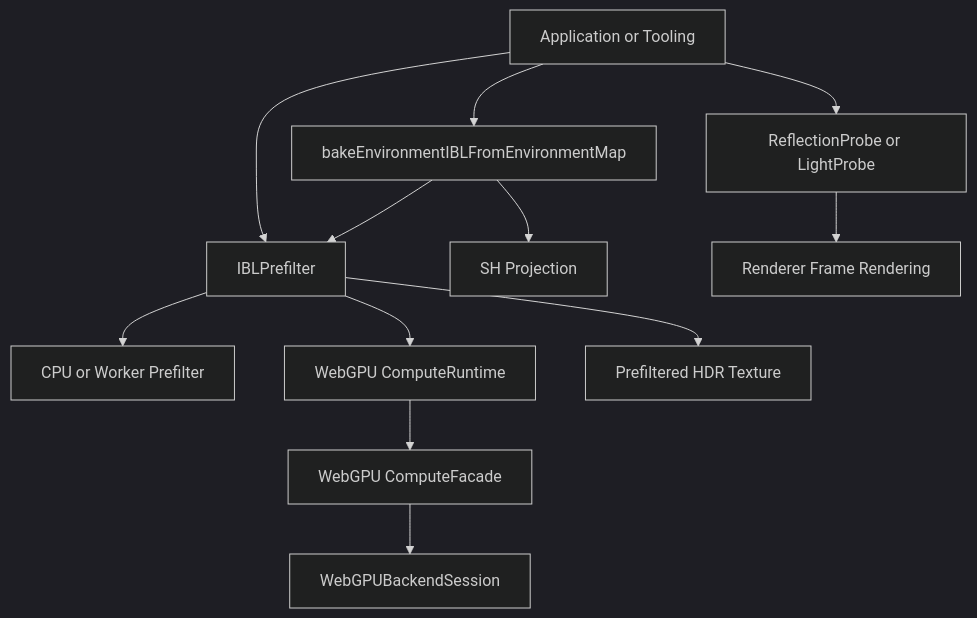
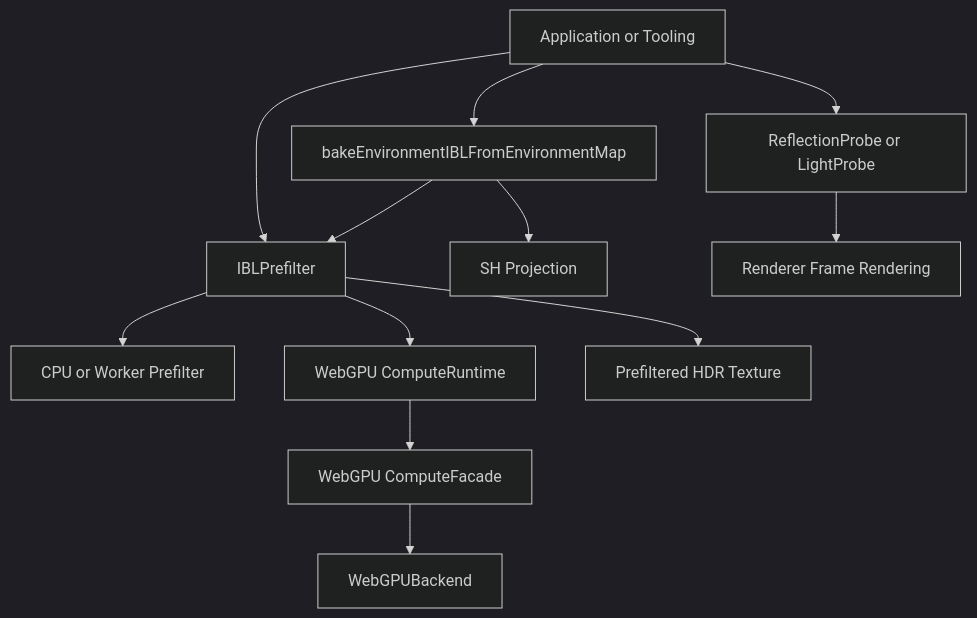
Before and after one commit to Kunelinmc/IgnisRenderer: the diagram in docs/ibl-prefilter-contract.md, drawn with Mermaid (dark theme). The commit also changed other lines of this file and 13 other files, not shown here.

First line of the commit message:
docs: update session terminology to attached backend

````diff
--- a/docs/ibl-prefilter-contract.md
+++ b/docs/ibl-prefilter-contract.md
@@ -13,14 +13,14 @@
 ```mermaid
 flowchart TD
 	App[Application or Tooling] --> Prefilter[IBLPrefilter]
 	App --> Baker[bakeEnvironmentIBLFromEnvironmentMap]
 	Baker --> SH[SH Projection]
 	Baker --> Prefilter
 	Prefilter --> CPU[CPU or Worker Prefilter]
 	Prefilter --> GPU[WebGPU ComputeRuntime]
 	GPU --> Facade[WebGPU ComputeFacade]
-	Facade --> Session[WebGPUBackendSession]
+	Facade --> Backend[WebGPUBackend]
 	Prefilter --> Texture[Prefiltered HDR Texture]
 	App --> Probe[ReflectionProbe or LightProbe]
 	Probe --> Renderer[Renderer Frame Rendering]
 ```
````
